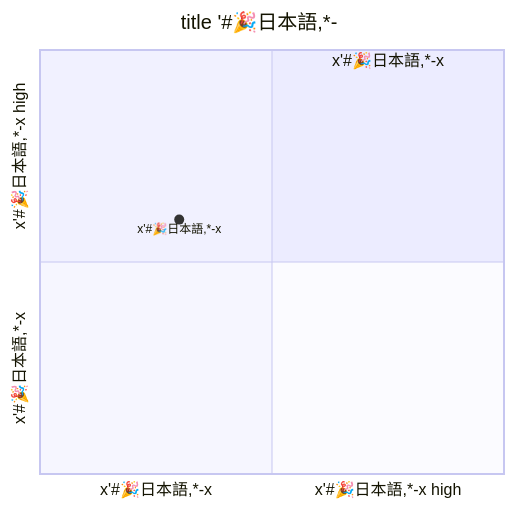
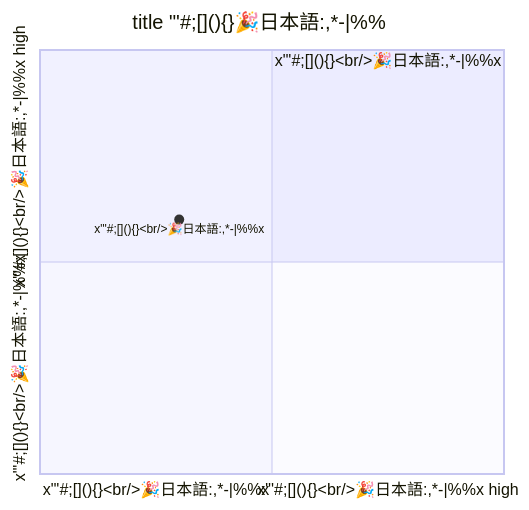
The diagram in doc/edgecase/quadrant.md (nao1215/markdown), drawn with Mermaid before and after one commit. The commit also changed 4 other files, not shown here.

First line of the commit message:
fix(mermaid): escape the punctuation a quadrant chart cannot read (#170)

````diff
--- a/doc/edgecase/quadrant.md
+++ b/doc/edgecase/quadrant.md
@@ -5,8 +5,8 @@
 ```mermaid
 quadrantChart
-    title title '#🎉日本語,*-
-    x-axis x'#🎉日本語,*-x --> x'#🎉日本語,*-x high
-    y-axis x'#🎉日本語,*-x --> x'#🎉日本語,*-x high
-    quadrant-1 x'#🎉日本語,*-x
-    x'#🎉日本語,*-x: [0.30, 0.60]
+    title title "'#;[](){}🎉日本語:,*-|%%
+    x-axis x#quot;'##59;#91;#93;#40;#41;#123;#125;#60;br/#62;🎉日本語#58;,*-#124;#37;#37;x --> x#quot;'##59;#91;#93;#40;#41;#123;#125;#60;br/#62;🎉日本語#58;,*-#124;#37;#37;x high
+    y-axis x#quot;'##59;#91;#93;#40;#41;#123;#125;#60;br/#62;🎉日本語#58;,*-#124;#37;#37;x --> x#quot;'##59;#91;#93;#40;#41;#123;#125;#60;br/#62;🎉日本語#58;,*-#124;#37;#37;x high
+    quadrant-1 x#quot;'##59;#91;#93;#40;#41;#123;#125;#60;br/#62;🎉日本語#58;,*-#124;#37;#37;x
+    x#quot;'##59;#91;#93;#40;#41;#123;#125;#60;br/#62;🎉日本語#58;,*-#124;#37;#37;x: [0.30, 0.60]
 ```
````
